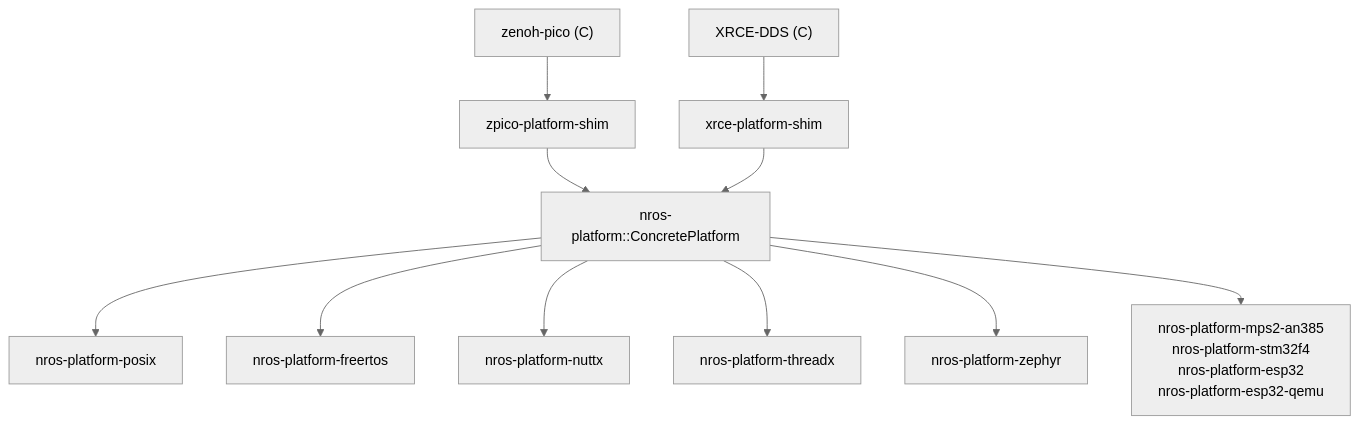
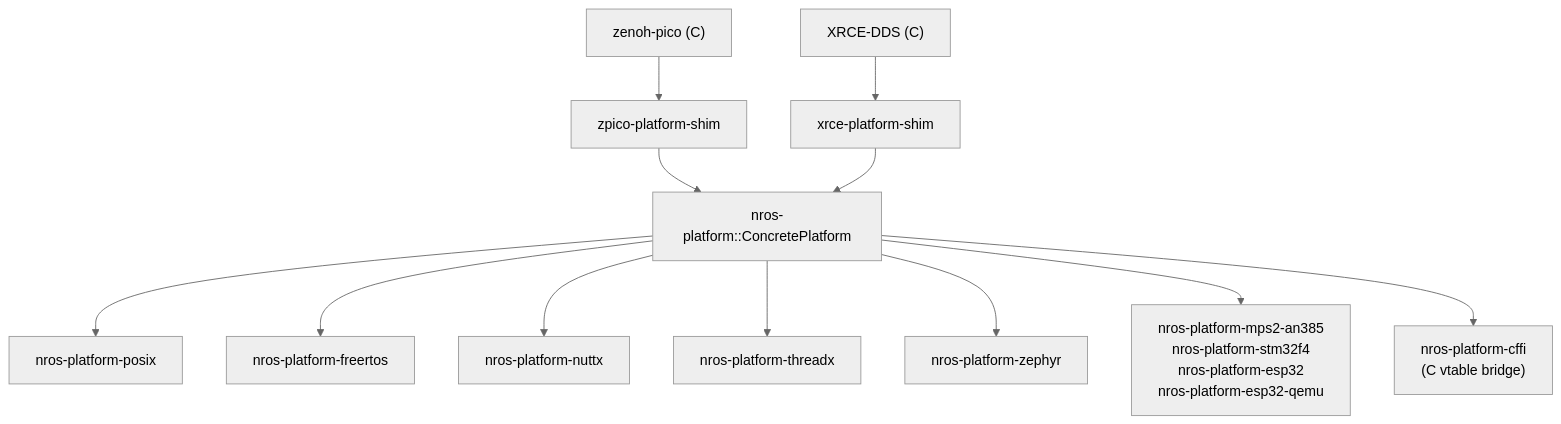
One commit to NEWSLabNTU/nano-ros changed the diagram in book/src/reference/platform-api.md. Above: the diagram before and after it, drawn with Mermaid (neutral theme). The commit also changed other lines of this file and 5 other files, not shown here.

````diff
--- a/book/src/reference/platform-api.md
+++ b/book/src/reference/platform-api.md
@@ -36,13 +49,14 @@
 ```mermaid
 graph TD
     ZP["zenoh-pico (C)"] --> ZPSHIM["zpico-platform-shim"]
     XRCE["XRCE-DDS (C)"] --> XSHIM["xrce-platform-shim"]
     ZPSHIM --> NP["nros-platform::ConcretePlatform"]
     XSHIM --> NP
     NP --> POSIX["nros-platform-posix"]
     NP --> FREERTOS["nros-platform-freertos"]
     NP --> NUTTX["nros-platform-nuttx"]
     NP --> THREADX["nros-platform-threadx"]
     NP --> ZEPHYR["nros-platform-zephyr"]
     NP --> BM["nros-platform-mps2-an385<br/>nros-platform-stm32f4<br/>nros-platform-esp32<br/>nros-platform-esp32-qemu"]
+    NP --> CFFI["nros-platform-cffi<br/>(C vtable bridge)"]
 ```
````
